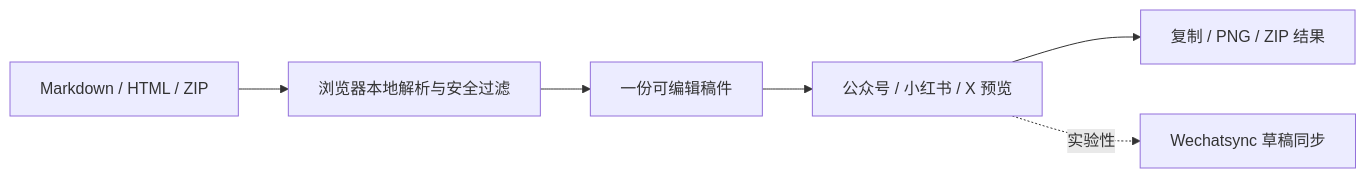
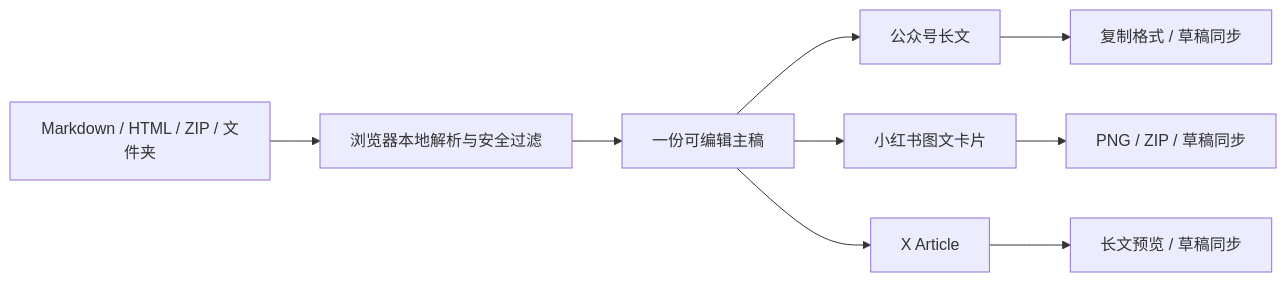
Before and after one commit to KeepATARAXIA/ezWriting: the diagram in README_ZH.md, drawn with Mermaid. The commit also changed other lines of this file and 10 other files, not shown here.

````diff
--- a/README_ZH.md
+++ b/README_ZH.md
@@ -34,8 +32,11 @@
-```mermaid
+~~~mermaid
 flowchart LR
-    A["Markdown / HTML / ZIP"] --> B["浏览器本地解析与安全过滤"]
-    B --> C["一份可编辑稿件"]
-    C --> D["公众号 / 小红书 / X 预览"]
-    D --> E["复制 / PNG / ZIP 结果"]
-    D -. "实验性" .-> F["Wechatsync 草稿同步"]
-```
+    A["Markdown / HTML / ZIP / 文件夹"] --> B["浏览器本地解析与安全过滤"]
+    B --> C["一份可编辑主稿"]
+    C --> D["公众号长文"]
+    C --> E["小红书图文卡片"]
+    C --> F["X Article"]
+    D --> G["复制格式 / 草稿同步"]
+    E --> H["PNG / ZIP / 草稿同步"]
+    F --> I["长文预览 / 草稿同步"]
+~~~
````
